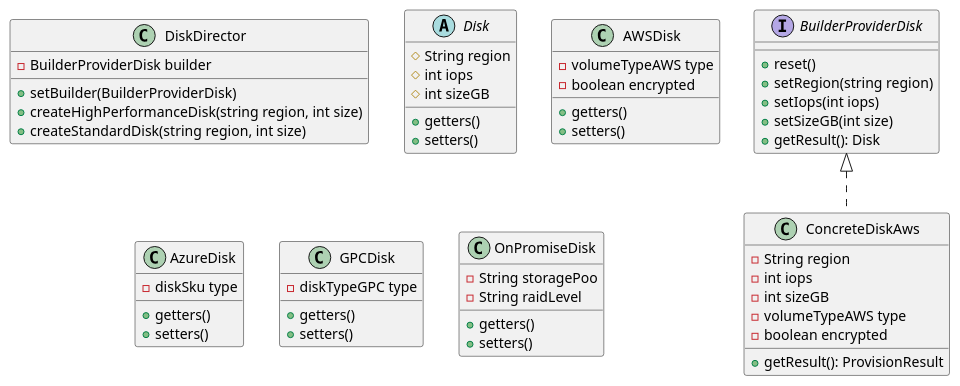
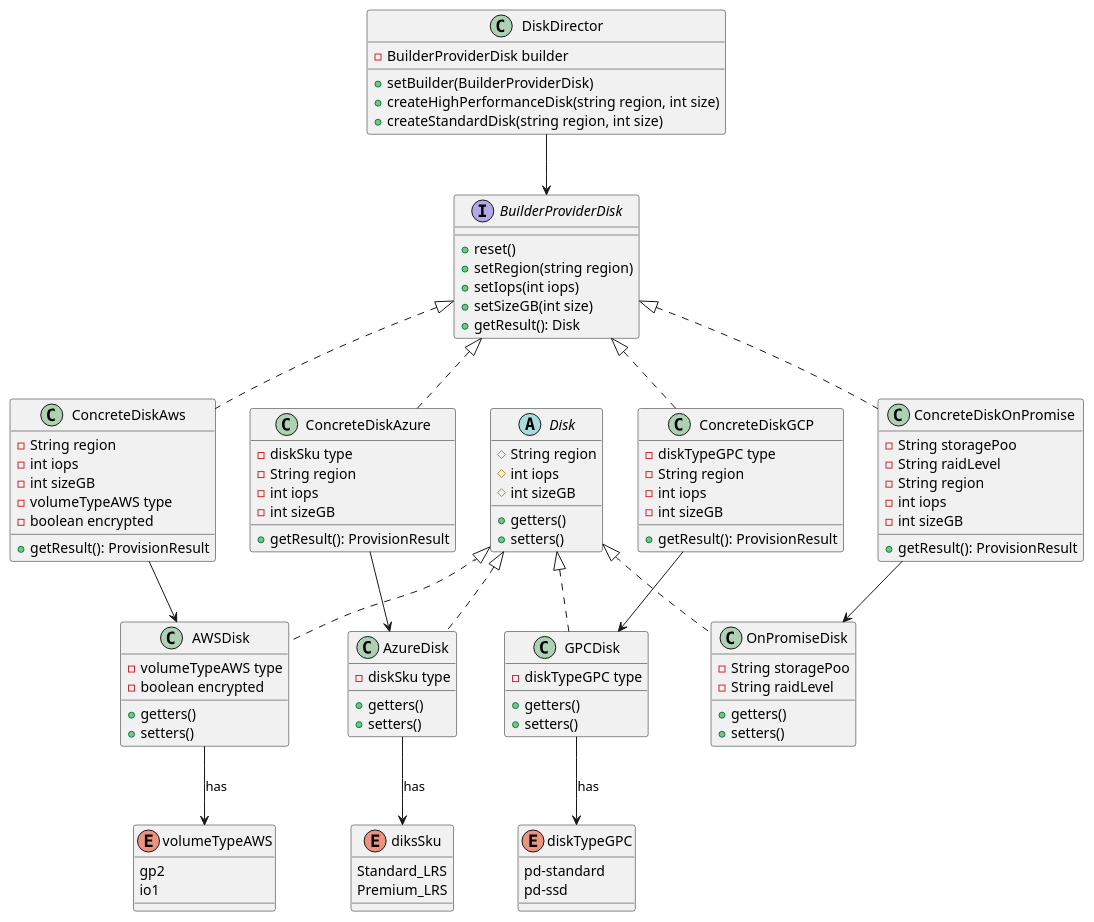
One commit to david123456858/Design-patterns-Cloud changed the diagram in uml/build/buildDisk.wsd. Above: the diagram before and after it, drawn with PlantUML. The commit also changed 1 other file, not shown here.

Commit message:
listo uml

```diff
--- a/uml/build/buildDisk.wsd
+++ b/uml/build/buildDisk.wsd
@@ -1,62 +1,114 @@
 @startuml builder-disk
 
 interface BuilderProviderDisk {
     + reset()
     + setRegion(string region)
     + setIops(int iops)
     + setSizeGB(int size)
     + getResult(): Disk
 }
 
 class DiskDirector {
     - BuilderProviderDisk builder
     + setBuilder(BuilderProviderDisk)
     + createHighPerformanceDisk(string region, int size)
     + createStandardDisk(string region, int size)
 }
 
 class ConcreteDiskAws implements BuilderProviderDisk {
     - String region
     - int iops
     - int sizeGB
     - volumeTypeAWS type    
     - boolean encrypted     
     + getResult(): ProvisionResult
 }
 
+class ConcreteDiskAzure implements BuilderProviderDisk {
+    - diskSku type
+    - String region
+    - int iops
+    - int sizeGB
+    + getResult(): ProvisionResult
+}
+
+class ConcreteDiskGCP implements BuilderProviderDisk {
+    - diskTypeGPC type
+    - String region
+    - int iops
+    - int sizeGB
+    + getResult(): ProvisionResult
+}
+
+class ConcreteDiskOnPromise implements BuilderProviderDisk {
+    - String storagePoo
+    - String raidLevel
+    - String region
+    - int iops
+    - int sizeGB
+    + getResult(): ProvisionResult
+}
+
 
 abstract class Disk {
     # String region          
     # int iops              
     # int sizeGB            
     + getters()
     + setters()
 }
 
 
-class AWSDisk {
+class AWSDisk implements Disk{
     - volumeTypeAWS type
     - boolean encrypted
     + getters()
     + setters()
 }
 
-class AzureDisk {
+class AzureDisk implements Disk {
     - diskSku type
     + getters()
     + setters()
 }
 
-class GPCDisk {
+class GPCDisk implements Disk {
     - diskTypeGPC type
     + getters()
     + setters()
 }
 
-class OnPromiseDisk{
+class OnPromiseDisk implements Disk{
     - String storagePoo
     - String raidLevel
     + getters()
     + setters()
 }
+
+enum volumeTypeAWS {
+    gp2 
+    io1
+}
+
+enum diksSku {
+    Standard_LRS
+    Premium_LRS
+}
+
+enum diskTypeGPC {
+    pd-standard
+    pd-ssd
+}
+
+DiskDirector --> BuilderProviderDisk
+
+ConcreteDiskAws --> AWSDisk
+ConcreteDiskAzure --> AzureDisk
+ConcreteDiskGCP --> GPCDisk
+ConcreteDiskOnPromise --> OnPromiseDisk
+
+AWSDisk --> volumeTypeAWS : has
+AzureDisk --> diksSku : has
+GPCDisk --> diskTypeGPC : has
+
 @enduml
```
